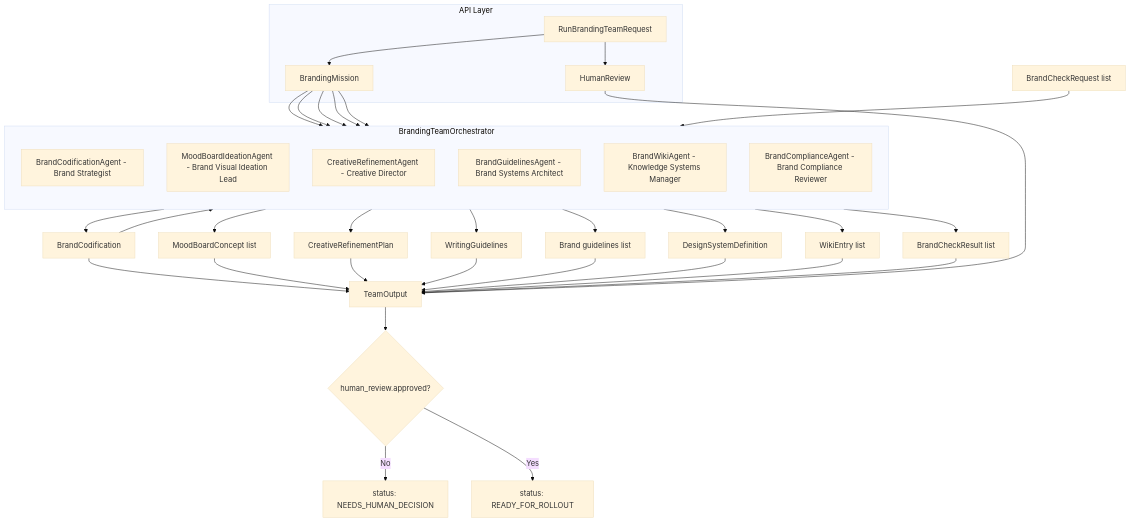
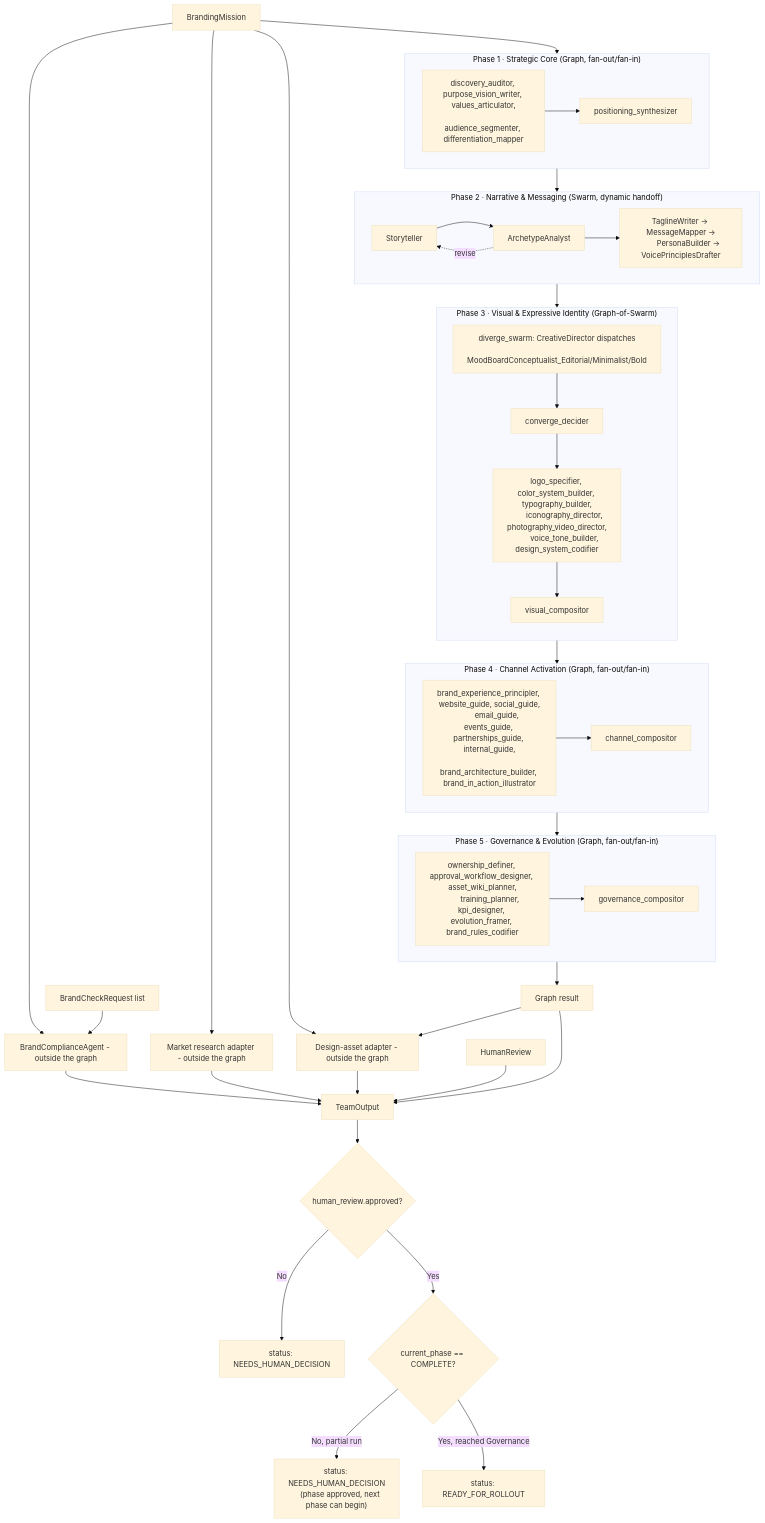
The first of 4 diagrams in backend/agents/branding_team/README.md (brandonkindred/Khala-Agentic-AI-Teams), drawn with Mermaid (base theme) before and after one commit. The commit also changed other lines of this file, not shown here.

First paragraph of the commit message:
Rewrite branding_team README "Agent setup and flow" section (#2919)
* Rewrite branding_team README "Agent setup and flow" section

````diff
--- a/backend/agents/branding_team/README.md
+++ b/backend/agents/branding_team/README.md
@@ -39,48 +41,70 @@
 ```mermaid
 flowchart TB
-    subgraph api [API Layer]
-        RunRequest[RunBrandingTeamRequest]
-        RunRequest --> Mission[BrandingMission]
-        RunRequest --> HumanReview[HumanReview]
+    Mission[BrandingMission] --> P1
+
+    subgraph P1 ["Phase 1 · Strategic Core (Graph, fan-out/fan-in)"]
+        direction LR
+        P1nodes["discovery_auditor, purpose_vision_writer, values_articulator,
+        audience_segmenter, differentiation_mapper"] --> P1join[positioning_synthesizer]
     end
 
-    subgraph orch [BrandingTeamOrchestrator]
-        direction TB
-        Codifier[BrandCodificationAgent - Brand Strategist]
-        Moodboard[MoodBoardIdeationAgent - Brand Visual Ideation Lead]
-        Refinement[CreativeRefinementAgent - Creative Director]
-        Guidelines[BrandGuidelinesAgent - Brand Systems Architect]
-        Wiki[BrandWikiAgent - Knowledge Systems Manager]
-        Compliance[BrandComplianceAgent - Brand Compliance Reviewer]
+    P1 --> P2
+
+    subgraph P2 ["Phase 2 · Narrative & Messaging (Swarm, dynamic handoff)"]
+        direction LR
+        P2a[Storyteller] --> P2b[ArchetypeAnalyst]
+        P2b -. revise .-> P2a
+        P2b --> P2rest["TaglineWriter → MessageMapper →
+        PersonaBuilder → VoicePrinciplesDrafter"]
     end
 
-    Mission --> Codifier
-    Codifier --> Codification[BrandCodification]
-    Mission --> Moodboard
-    Moodboard --> MoodBoards[MoodBoardConcept list]
-    Refinement --> RefinementPlan[CreativeRefinementPlan]
-    Mission --> Guidelines
-    Codification --> Guidelines
-    Guidelines --> WritingGuide[WritingGuidelines]
-    Guidelines --> BrandGuide[Brand guidelines list]
-    Guidelines --> DesignSystem[DesignSystemDefinition]
-    Mission --> Wiki
-    Wiki --> WikiBacklog[WikiEntry list]
-    Mission --> Compliance
+    P2 --> P3
+
+    subgraph P3 ["Phase 3 · Visual & Expressive Identity (Graph-of-Swarm)"]
+        direction TB
+        P3swarm["diverge_swarm: CreativeDirector dispatches
+        MoodBoardConceptualist_Editorial/Minimalist/Bold"] --> P3conv[converge_decider]
+        P3conv --> P3fan["logo_specifier, color_system_builder, typography_builder,
+        iconography_director, photography_video_director,
+        voice_tone_builder, design_system_codifier"]
+        P3fan --> P3comp[visual_compositor]
+    end
+
+    P3 --> P4
+
+    subgraph P4 ["Phase 4 · Channel Activation (Graph, fan-out/fan-in)"]
+        direction LR
+        P4nodes["brand_experience_principler, website_guide, social_guide,
+        email_guide, events_guide, partnerships_guide, internal_guide,
+        brand_architecture_builder, brand_in_action_illustrator"] --> P4join[channel_compositor]
+    end
+
+    P4 --> P5
+
+    subgraph P5 ["Phase 5 · Governance & Evolution (Graph, fan-out/fan-in)"]
+        direction LR
+        P5nodes["ownership_definer, approval_workflow_designer, asset_wiki_planner,
+        training_planner, kpi_designer, evolution_framer, brand_rules_codifier"] --> P5join[governance_compositor]
+    end
+
+    P5 --> GraphResult[Graph result]
+
+    Mission --> Compliance[BrandComplianceAgent - outside the graph]
     BrandChecks[BrandCheckRequest list] --> Compliance
-    Compliance --> BrandCheckResults[BrandCheckResult list]
+    Mission --> MarketResearch[Market research adapter - outside the graph]
+    Mission --> DesignAssets[Design-asset adapter - outside the graph]
+    GraphResult --> DesignAssets
 
-    Codification --> TeamOutput[TeamOutput]
-    MoodBoards --> TeamOutput
-    RefinementPlan --> TeamOutput
-    WritingGuide --> TeamOutput
-    BrandGuide --> TeamOutput
-    DesignSystem --> TeamOutput
-    WikiBacklog --> TeamOutput
-    BrandCheckResults --> TeamOutput
-    HumanReview --> TeamOutput
+    GraphResult --> TeamOutput[TeamOutput]
+    Compliance --> TeamOutput
+    MarketResearch --> TeamOutput
+    DesignAssets --> TeamOutput
+    HumanReview[HumanReview] --> TeamOutput
 
-    TeamOutput --> Status{human_review.approved?}
-    Status -->|No| NeedsHuman[status: NEEDS_HUMAN_DECISION]
-    Status -->|Yes| Ready[status: READY_FOR_ROLLOUT]
+    TeamOutput --> Approved{human_review.approved?}
+    Approved -->|No| NeedsHuman[status: NEEDS_HUMAN_DECISION]
+    Approved -->|Yes| Complete{current_phase == COMPLETE?}
+    Complete -->|No, partial run| PhaseApproved["status: NEEDS_HUMAN_DECISION
+    (phase approved, next phase can begin)"]
+    Complete -->|Yes, reached Governance| Ready[status: READY_FOR_ROLLOUT]
 ```
````
